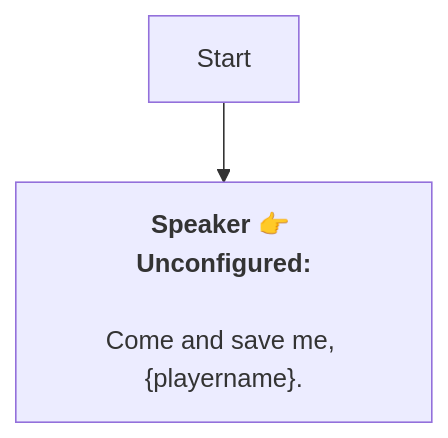
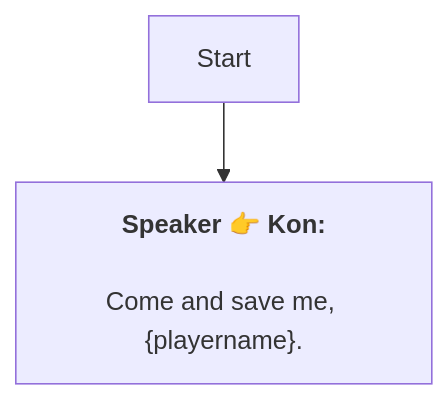
Before and after one commit to SoftHu/tos_avg: the diagram in En/AddDialogNode_1739411615780033.md, drawn with Mermaid. The commit also changed 29 other files, not shown here.

````diff
--- a/En/AddDialogNode_1739411615780033.md
+++ b/En/AddDialogNode_1739411615780033.md
@@ -1,7 +1,7 @@
 ```mermaid
 graph
-Start -->1739411660946628[<b>Speaker 👉 Unconfigured:</b>
+Start -->1739411660946628[<b>Speaker 👉 Kon:</b>
 
 Come and save me, &lbrace;playername&rbrace;.]
 
  ```
````
